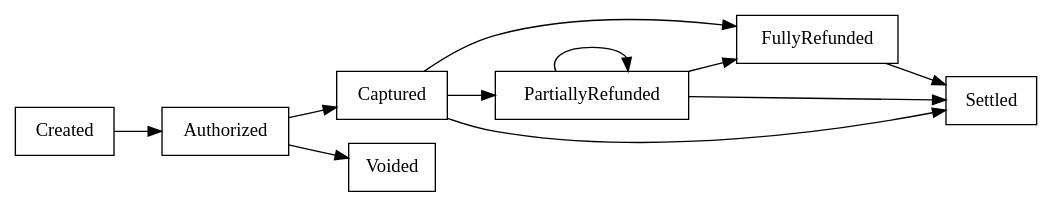
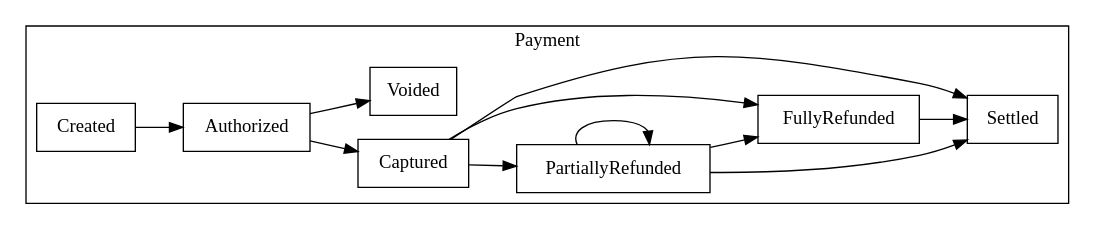
Before and after one commit to elijahr/nim-typestates: the second of 3 diagrams in docs/guide/visualization.md, drawn with Graphviz. The commit also changed other lines of this file and 25 other files, not shown here.

````diff
--- a/docs/guide/visualization.md
+++ b/docs/guide/visualization.md
@@ -77,25 +86,30 @@
 ```dot
-digraph Payment {
+digraph {
   rankdir=LR;
   node [shape=box];
 
-  Created;
-  Authorized;
-  Captured;
-  PartiallyRefunded;
-  FullyRefunded;
-  Settled;
-  Voided;
+  subgraph cluster_Payment {
+    label="Payment";
 
-  Created -> Authorized;
-  Authorized -> Captured;
-  Authorized -> Voided;
-  Captured -> PartiallyRefunded;
-  Captured -> FullyRefunded;
-  Captured -> Settled;
-  PartiallyRefunded -> PartiallyRefunded;
-  PartiallyRefunded -> FullyRefunded;
-  PartiallyRefunded -> Settled;
-  FullyRefunded -> Settled;
+    Created;
+    Authorized;
+    Captured;
+    PartiallyRefunded;
+    FullyRefunded;
+    Settled;
+    Voided;
+
+    Created -> Authorized;
+    Authorized -> Captured;
+    Authorized -> Voided;
+    Captured -> PartiallyRefunded;
+    Captured -> FullyRefunded;
+    Captured -> Settled;
+    PartiallyRefunded -> PartiallyRefunded;
+    PartiallyRefunded -> FullyRefunded;
+    PartiallyRefunded -> Settled;
+    FullyRefunded -> Settled;
+  }
+
 }
 ```
````
